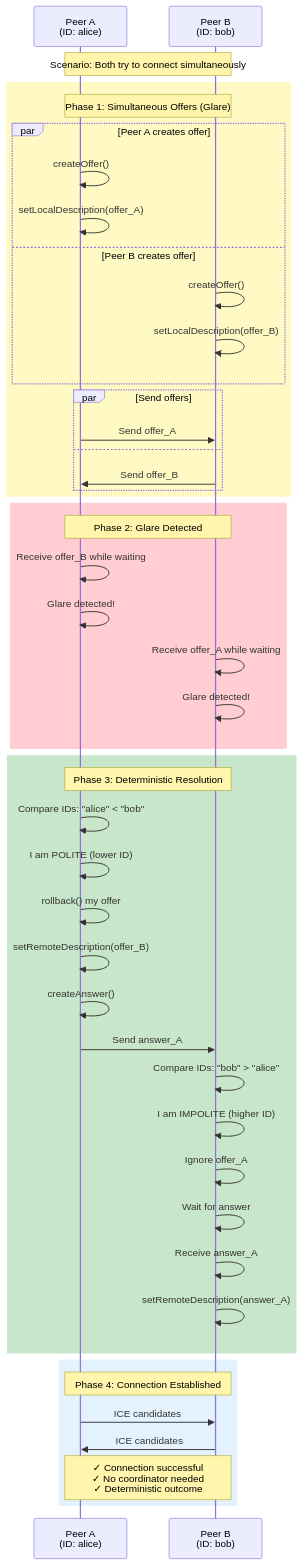
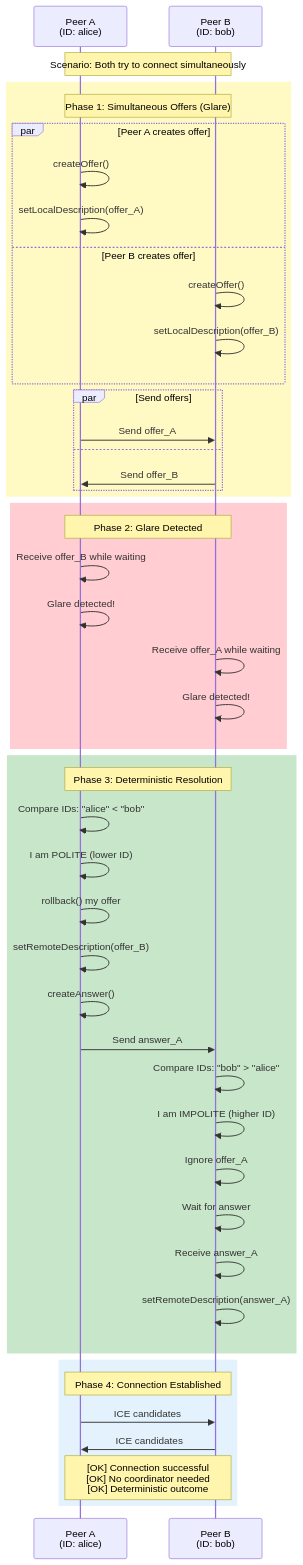
One commit to amr-kasem/distributed-systems-react-chat-peer changed the ninth of 10 diagrams in reference_docs/DISTRIBUTED_SYSTEMS_DIAGRAMS.md. Above: the diagram before and after it, drawn with Mermaid. The commit also changed other lines of this file and 5 other files, not shown here.

Commit message:
solved issues with diagrams

````diff
--- a/reference_docs/DISTRIBUTED_SYSTEMS_DIAGRAMS.md
+++ b/reference_docs/DISTRIBUTED_SYSTEMS_DIAGRAMS.md
@@ -476,60 +476,60 @@
 ```mermaid
 sequenceDiagram
     participant A as Peer A<br/>(ID: alice)
     participant B as Peer B<br/>(ID: bob)
     
     Note over A,B: Scenario: Both try to connect simultaneously
     
     rect rgb(255, 249, 196)
         Note over A,B: Phase 1: Simultaneous Offers (Glare)
         
         par Peer A creates offer
             A->>A: createOffer()
             A->>A: setLocalDescription(offer_A)
         and Peer B creates offer
             B->>B: createOffer()
             B->>B: setLocalDescription(offer_B)
         end
         
         par Send offers
             A->>B: Send offer_A
         and
             B->>A: Send offer_B
         end
     end
     
     rect rgb(255, 205, 210)
         Note over A,B: Phase 2: Glare Detected
         
         A->>A: Receive offer_B while waiting
         A->>A: Glare detected!
         
         B->>B: Receive offer_A while waiting
         B->>B: Glare detected!
     end
     
     rect rgb(200, 230, 201)
         Note over A,B: Phase 3: Deterministic Resolution
         
         A->>A: Compare IDs: "alice" < "bob"
         A->>A: I am POLITE (lower ID)
         A->>A: rollback() my offer
         A->>A: setRemoteDescription(offer_B)
         A->>A: createAnswer()
         A->>B: Send answer_A
         
         B->>B: Compare IDs: "bob" > "alice"
         B->>B: I am IMPOLITE (higher ID)
         B->>B: Ignore offer_A
         B->>B: Wait for answer
         B->>B: Receive answer_A
         B->>B: setRemoteDescription(answer_A)
     end
     
     rect rgb(227, 242, 253)
         Note over A,B: Phase 4: Connection Established
         A->>B: ICE candidates
         B->>A: ICE candidates
-        Note over A,B: ✓ Connection successful<br/>✓ No coordinator needed<br/>✓ Deterministic outcome
+        Note over A,B: [OK] Connection successful<br/>[OK] No coordinator needed<br/>[OK] Deterministic outcome
     end
 ```
````
